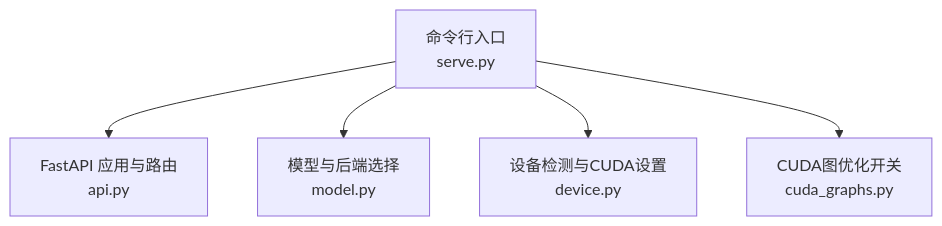
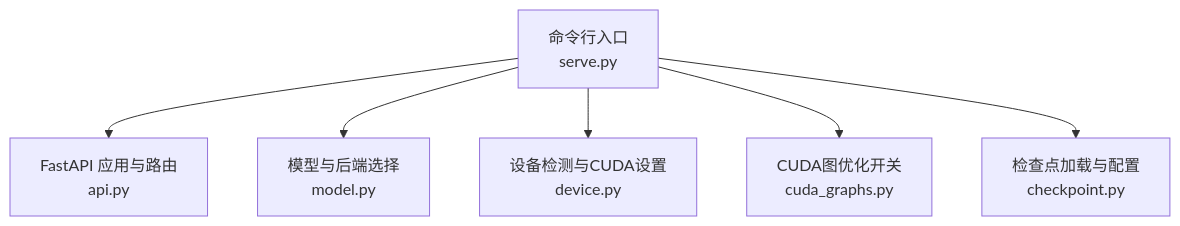
The first of 7 diagrams in .qoder/repowiki/zh/content/推理服务/服务配置.md (joezxh/kev), drawn with Mermaid before and after one commit. The commit also changed other lines of this file and 220 other files, not shown here.

````diff
--- a/.qoder/repowiki/zh/content/推理服务/服务配置.md
+++ b/.qoder/repowiki/zh/content/推理服务/服务配置.md
@@ -29,7 +36,8 @@
 ```mermaid
 graph TB
 A["命令行入口<br/>serve.py"] --> B["FastAPI 应用与路由<br/>api.py"]
 A --> C["模型与后端选择<br/>model.py"]
 A --> D["设备检测与CUDA设置<br/>device.py"]
 A --> E["CUDA图优化开关<br/>cuda_graphs.py"]
+A --> F["检查点加载与配置<br/>checkpoint.py"]
 ```
````
